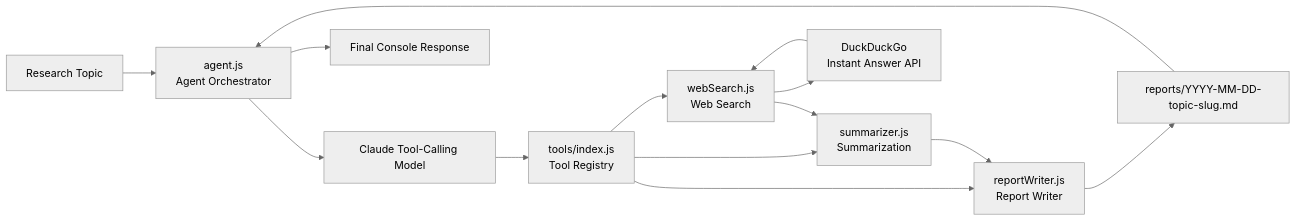
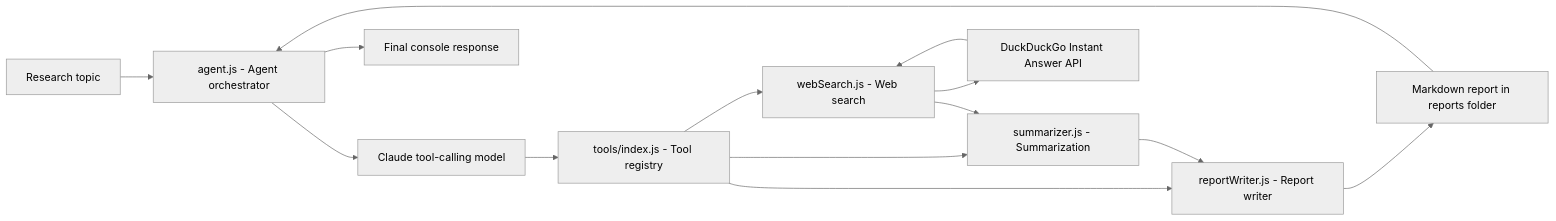
One commit to yesimakar/multi-tool-research-agent changed the diagram in README.md. Above: the diagram before and after it, drawn with Mermaid (neutral theme).

Commit message:
Fix GitHub Mermaid architecture diagram

````diff
--- a/README.md
+++ b/README.md
@@ -37,21 +37,21 @@
 ```mermaid
 flowchart LR
-    User[Research Topic] --> Agent[agent.js<br/>Agent Orchestrator]
+    A["Research topic"] --> B["agent.js - Agent orchestrator"]
 
-    Agent --> Claude[Claude Tool-Calling Model]
-    Claude --> Registry[tools/index.js<br/>Tool Registry]
+    B --> C["Claude tool-calling model"]
+    C --> D["tools/index.js - Tool registry"]
 
-    Registry --> Search[webSearch.js<br/>Web Search]
-    Registry --> Summarizer[summarizer.js<br/>Summarization]
-    Registry --> Writer[reportWriter.js<br/>Report Writer]
+    D --> E["webSearch.js - Web search"]
+    D --> F["summarizer.js - Summarization"]
+    D --> G["reportWriter.js - Report writer"]
 
-    Search --> DuckDuckGo[DuckDuckGo<br/>Instant Answer API]
-    DuckDuckGo --> Search
+    E --> H["DuckDuckGo Instant Answer API"]
+    H --> E
 
-    Search --> Summarizer
-    Summarizer --> Writer
-    Writer --> Report[reports/YYYY-MM-DD-topic-slug.md]
+    E --> F
+    F --> G
+    G --> I["Markdown report in reports folder"]
 
-    Report --> Agent
-    Agent --> Console[Final Console Response]
+    I --> B
+    B --> J["Final console response"]
 ```
````
